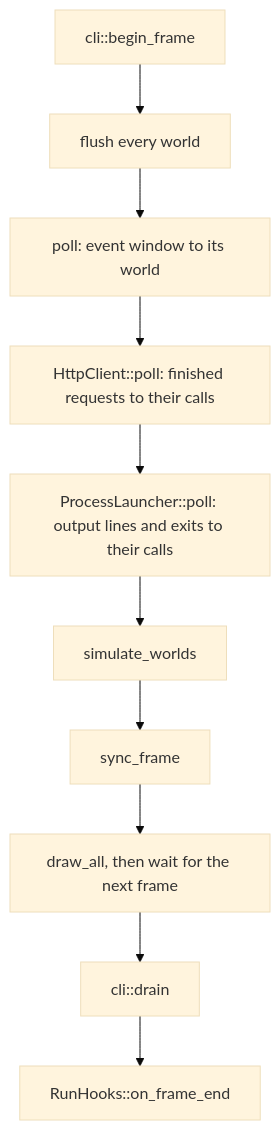
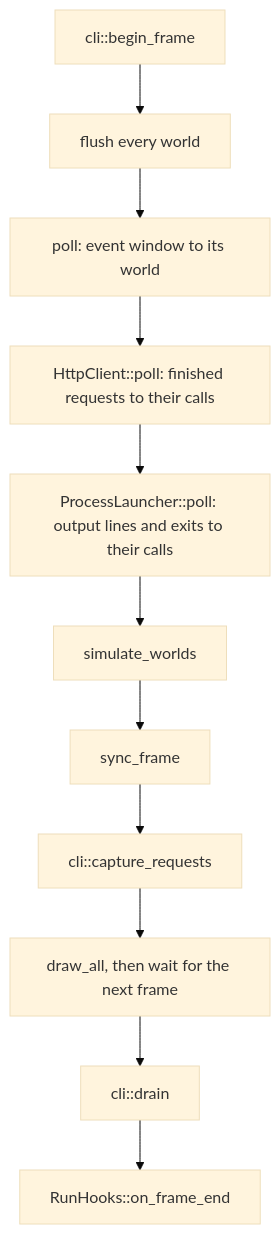
One commit to wismh/wind-engine changed the diagram in docs/tech/architecture/Runtime Loop.md. Above: the diagram before and after it, drawn with Mermaid (base theme). The commit also changed other lines of this file and 26 other files, not shown here.

````diff
--- a/docs/tech/architecture/Runtime Loop.md
+++ b/docs/tech/architecture/Runtime Loop.md
@@ -56,12 +56,13 @@
 ```mermaid
 flowchart TD
   A["cli::begin_frame"] --> B["flush every world"]
   B --> C["poll: event window to its world"]
   C --> C2["HttpClient::poll: finished requests to their calls"]
   C2 --> C3["ProcessLauncher::poll: output lines and exits to their calls"]
   C3 --> D["simulate_worlds"]
   D --> E["sync_frame"]
-  E --> F["draw_all, then wait for the next frame"]
+  E --> E2["cli::capture_requests"]
+  E2 --> F["draw_all, then wait for the next frame"]
   F --> G["cli::drain"]
   G --> H["RunHooks::on_frame_end"]
 ```
````
